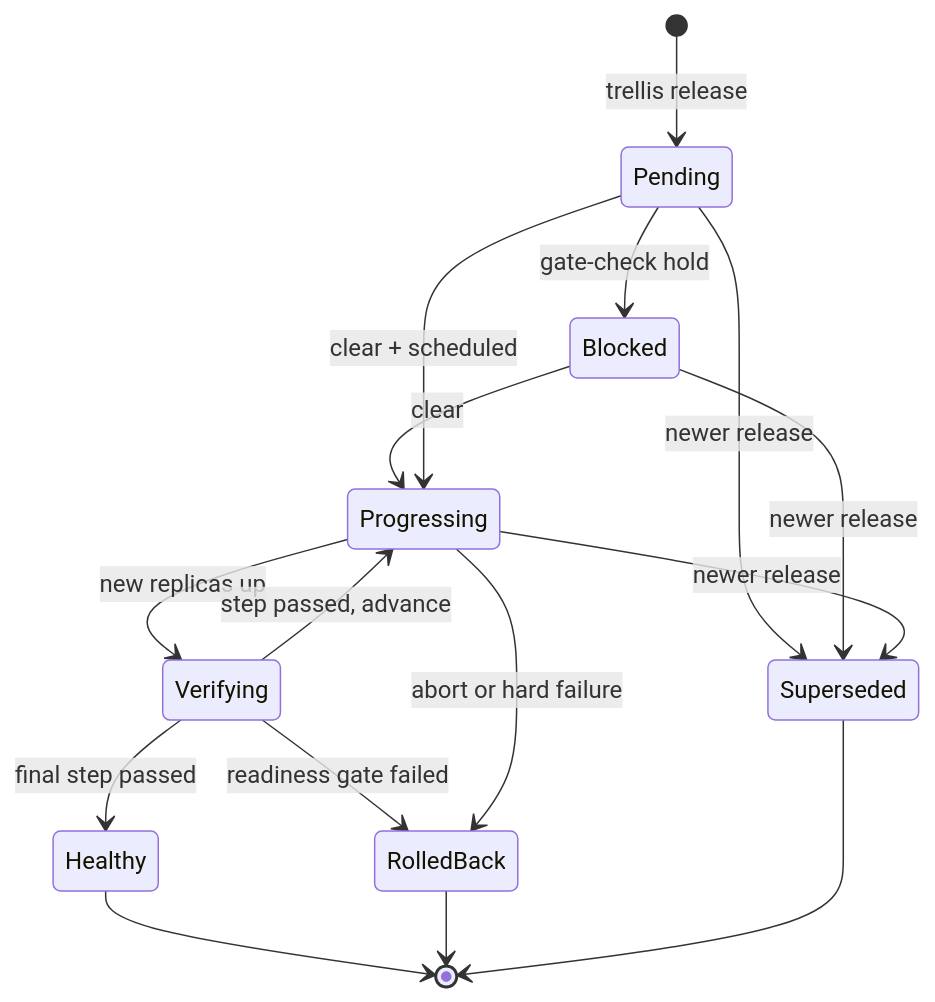
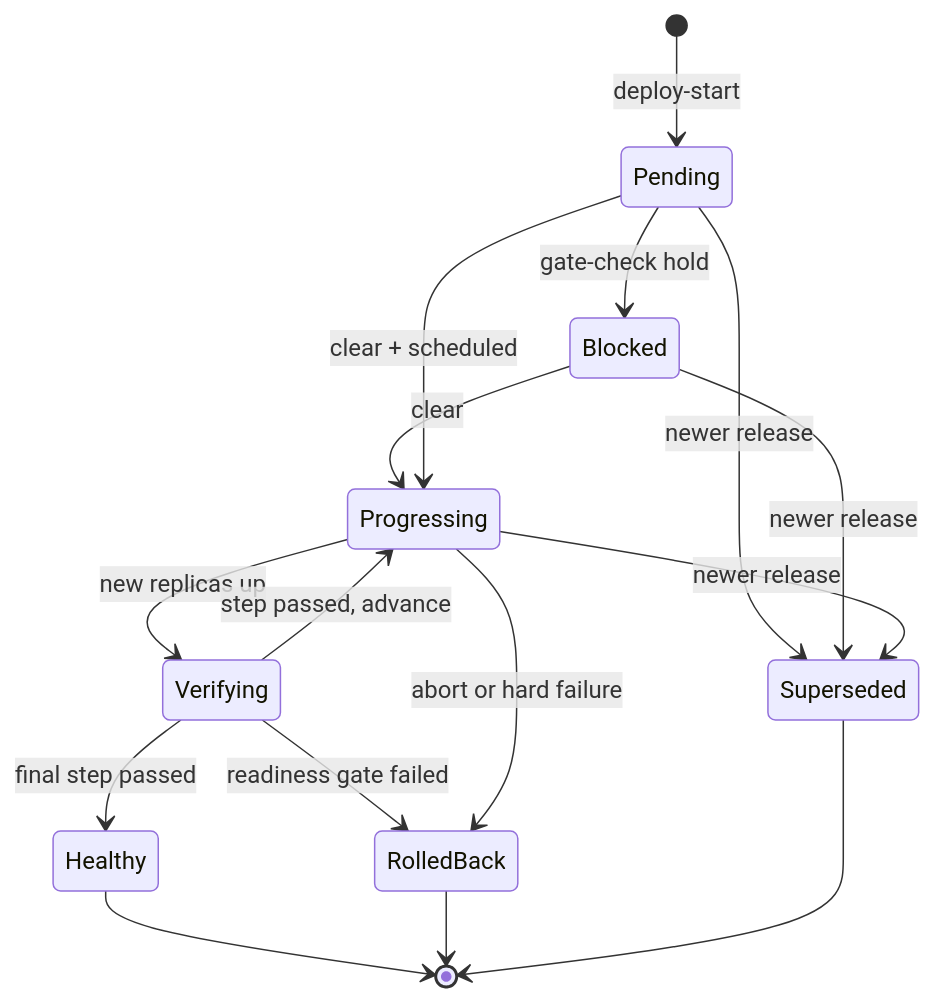
Before and after one commit to Hakkiki/trellis: the ninth of 10 diagrams in app/src/content/docs/docs/spec.md, drawn with Mermaid. The commit also changed other lines of this file and 2 other files, not shown here.

First line of the commit message:
Spec §11: the deploy bridge — observer model + OIDC trust handshake (#53)

````diff
--- a/app/src/content/docs/docs/spec.md
+++ b/app/src/content/docs/docs/spec.md
@@ -1528,18 +1628,18 @@
 ```mermaid
 stateDiagram-v2
-    [*] --> Pending: trellis release
+    [*] --> Pending: deploy-start
     Pending --> Blocked: gate-check hold
     Blocked --> Progressing: clear
     Pending --> Progressing: clear + scheduled
     Progressing --> Verifying: new replicas up
     Verifying --> Progressing: step passed, advance
     Verifying --> Healthy: final step passed
     Verifying --> RolledBack: readiness gate failed
     Progressing --> RolledBack: abort or hard failure
     Pending --> Superseded: newer release
     Blocked --> Superseded: newer release
     Progressing --> Superseded: newer release
     Healthy --> [*]
     RolledBack --> [*]
     Superseded --> [*]
 ```
````
